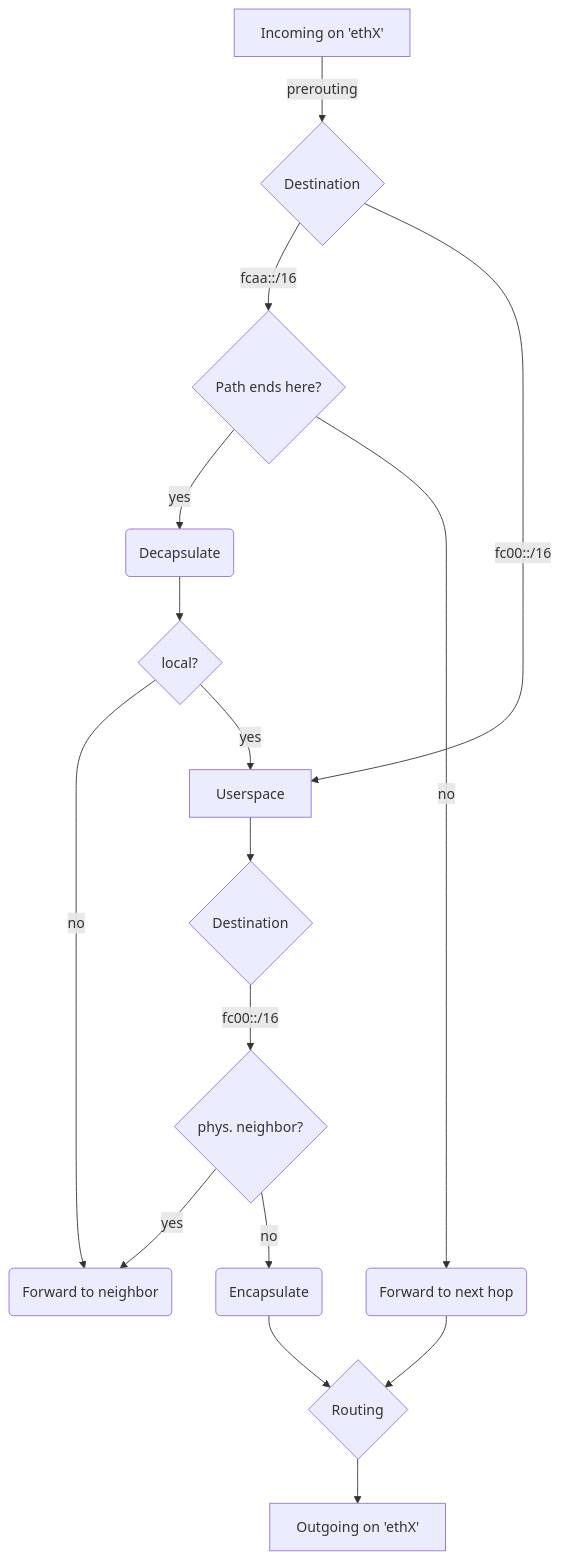
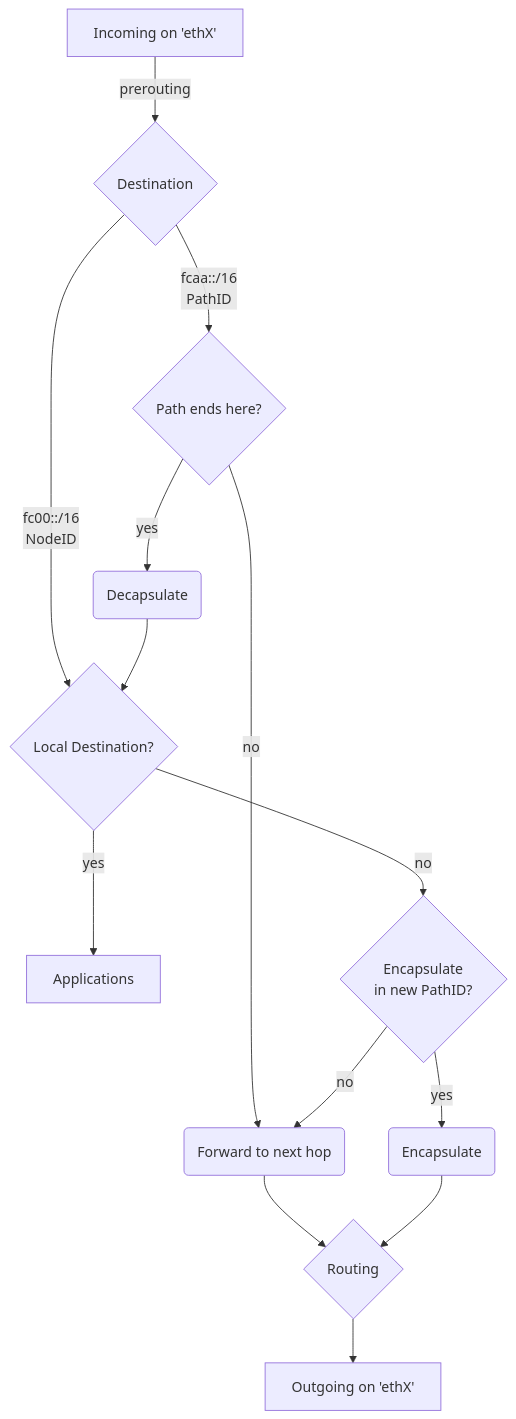
The first of 2 diagrams in forwarding/README.MD (kit-tm/KIRA-Rust), drawn with Mermaid before and after one commit. The commit also changed other lines of this file, not shown here.

Commit message:
update packet flow diagrams

````diff
--- a/forwarding/README.MD
+++ b/forwarding/README.MD
@@ -24,19 +28,16 @@
 ```mermaid
     graph TD
     A[Incoming on 'ethX'] -->|prerouting| B{Destination}
-    B --> |fcaa::/16| C{Path ends here?}
-    B --> |fc00::/16| F
-    D --> |no| E(Forward to neighbor)
-    D --> |yes| F[Userspace]
+    B --> |fcaa::/16\n PathID| C{Path ends here?}
+    B --> |fc00::/16\n NodeID| F
     C --> |yes| G(Decapsulate)
-    G --> D{local?} 
+    G --> F{Local Destination?}
     C --> |no| H(Forward to next hop)
     H --> I{Routing}
     I --> Z[Outgoing on 'ethX']
-    F --> J{Destination}
-    J --> |fc00::/16| K{phys. neighbor?}
-    K --> |yes| E
-    K --> |no| L(Encapsulate)
+    F --> |yes|J[Applications]
+    F --> |no| K{Encapsulate\n in new PathID?}
+    K --> |no| H
+    K --> |yes| L(Encapsulate)
     L --> I
- 
 ```
````
